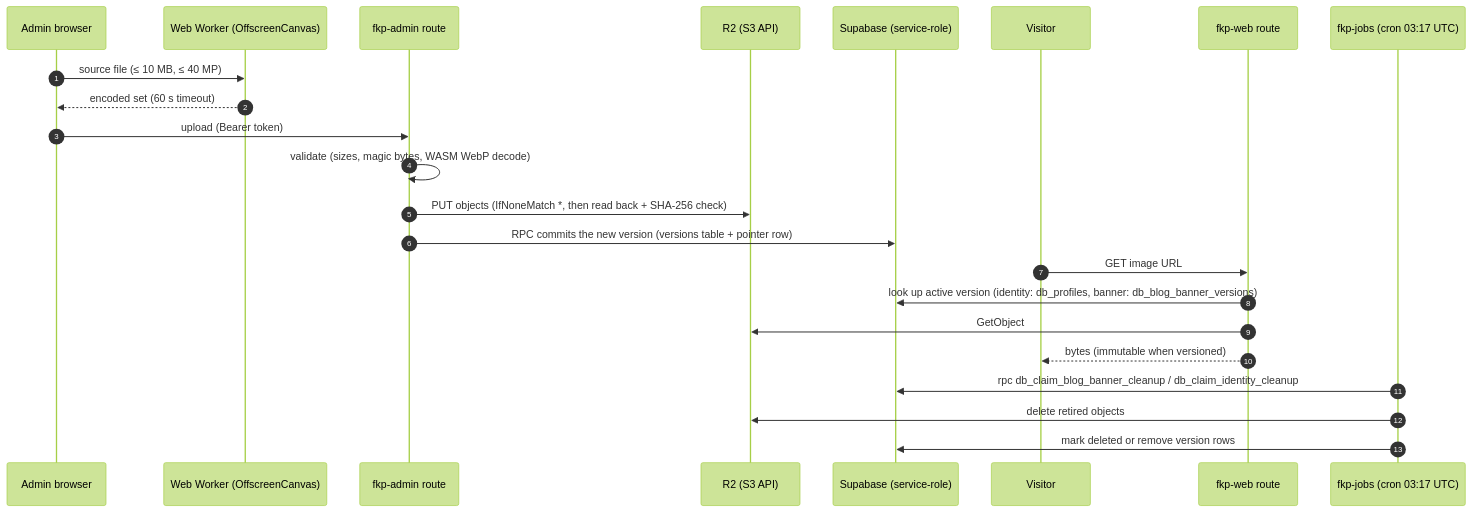
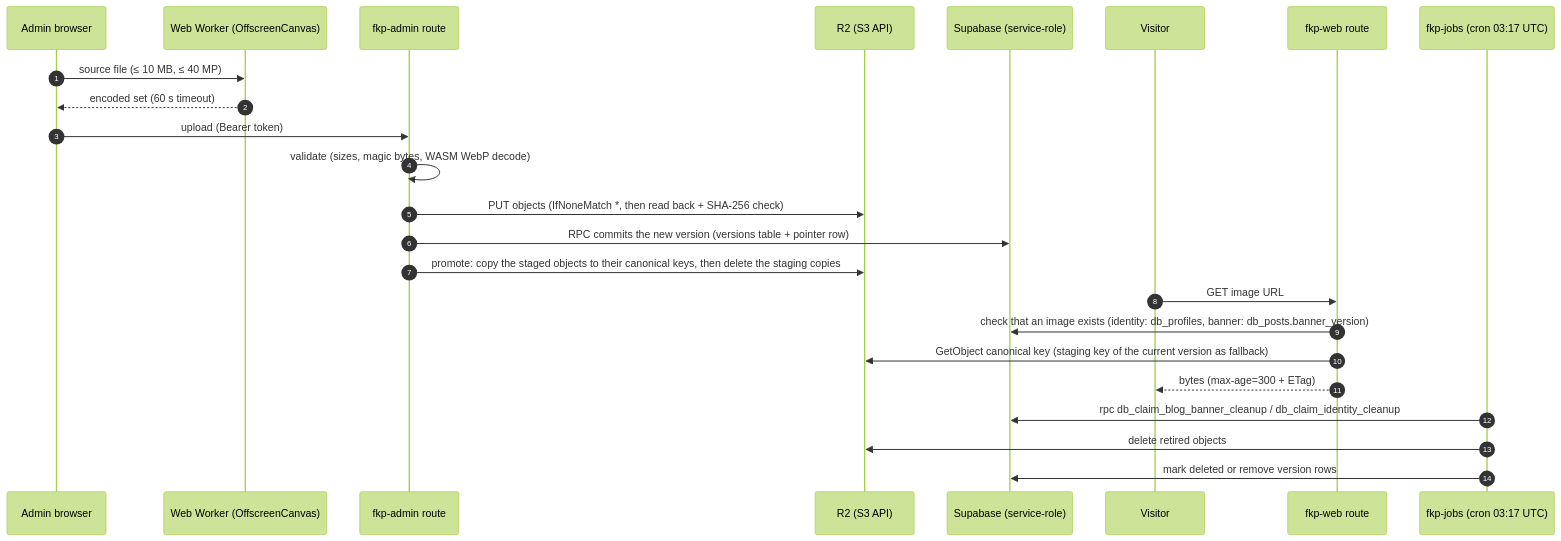
The diagram in docs/architecture/8-asset-pipeline.md (farhnkrnapratma/idstead), drawn with Mermaid (forest theme) before and after one commit. The commit also changed other lines of this file and 25 other files, not shown here.

First line of the commit message:
feat(images): serve one unversioned profile image, site banner and blog banner

````diff
--- a/docs/architecture/8-asset-pipeline.md
+++ b/docs/architecture/8-asset-pipeline.md
@@ -5,28 +5,29 @@
 ```mermaid
 sequenceDiagram
     autonumber
     participant B as Admin browser
     participant WW as Web Worker (OffscreenCanvas)
     participant A as fkp-admin route
     participant R2 as R2 (S3 API)
     participant DB as Supabase (service-role)
     participant V as Visitor
     participant W as fkp-web route
     participant J as fkp-jobs (cron 03:17 UTC)
 
     B->>WW: source file (≤ 10 MB, ≤ 40 MP)
     WW-->>B: encoded set (60 s timeout)
     B->>A: upload (Bearer token)
     A->>A: validate (sizes, magic bytes, WASM WebP decode)
     A->>R2: PUT objects (IfNoneMatch *, then read back + SHA-256 check)
     A->>DB: RPC commits the new version (versions table + pointer row)
+    A->>R2: promote: copy the staged objects to their canonical keys, then delete the staging copies
 
     V->>W: GET image URL
-    W->>DB: look up active version (identity: db_profiles, banner: db_blog_banner_versions)
-    W->>R2: GetObject
-    W-->>V: bytes (immutable when versioned)
+    W->>DB: check that an image exists (identity: db_profiles, banner: db_posts.banner_version)
+    W->>R2: GetObject canonical key (staging key of the current version as fallback)
+    W-->>V: bytes (max-age=300 + ETag)
 
     J->>DB: rpc db_claim_blog_banner_cleanup / db_claim_identity_cleanup
     J->>R2: delete retired objects
     J->>DB: mark deleted or remove version rows
 ```
````
